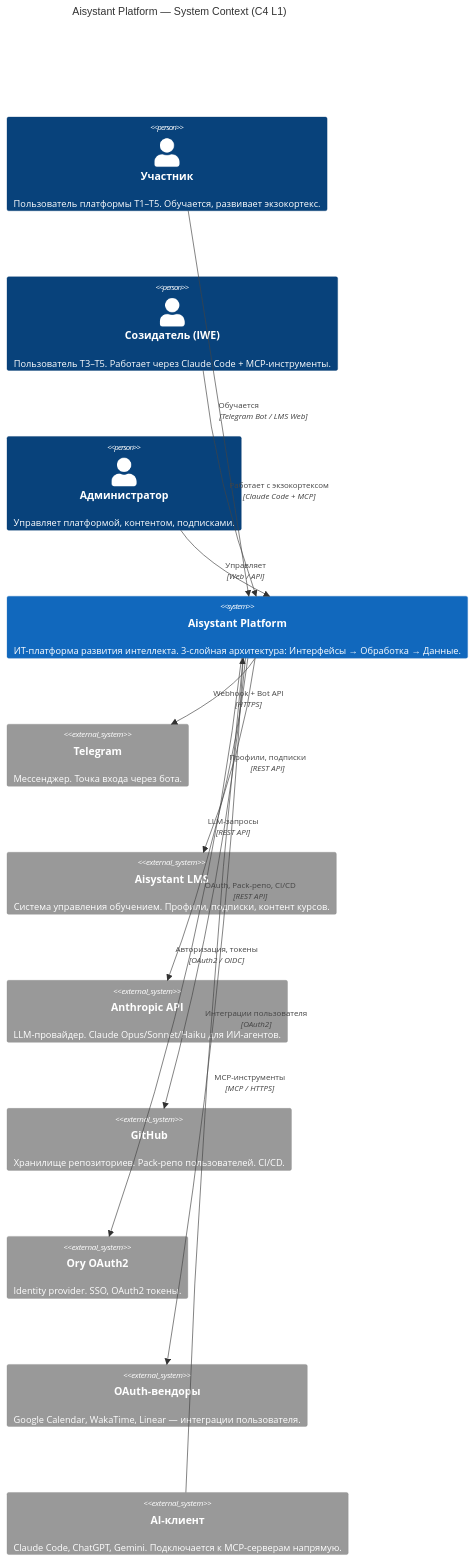
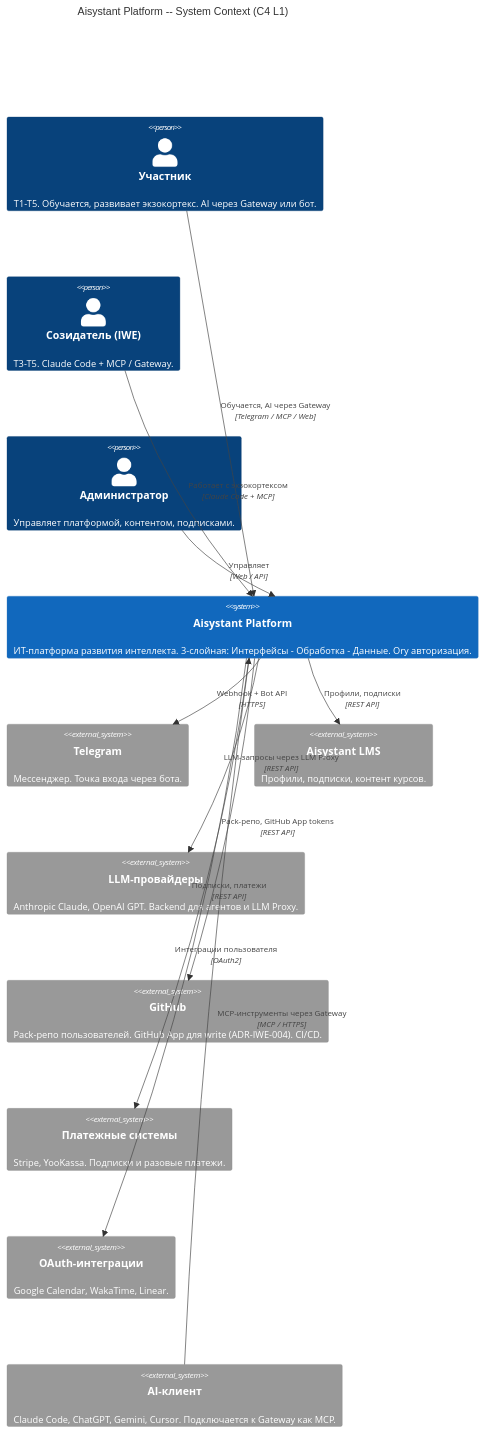
The first of 5 diagrams in C.IT-Platform/C2.IT-Platform/C2.2.Architecture/Stack-and-Infrastructure/c4-platform.md (TserenTserenov/DS-ecosystem-development), drawn with Mermaid before and after one commit. The commit also changed other lines of this file, not shown here.

First line of the commit message:
docs: WP-158 Ф4 — актуализация C4 L1/L2 по решениям 1-3 апр + view-диаграммы

````diff
--- a/C.IT-Platform/C2.IT-Platform/C2.2.Architecture/Stack-and-Infrastructure/c4-platform.md
+++ b/C.IT-Platform/C2.IT-Platform/C2.2.Architecture/Stack-and-Infrastructure/c4-platform.md
@@ -23,31 +23,31 @@
 ```mermaid
 C4Context
-    title Aisystant Platform — System Context (C4 L1)
+    title Aisystant Platform -- System Context (C4 L1)
 
-    Person(user_learner, "Участник", "Пользователь платформы T1–T5. Обучается, развивает экзокортекс.")
-    Person(user_iwe, "Созидатель (IWE)", "Пользователь T3–T5. Работает через Claude Code + MCP-инструменты.")
+    Person(user_learner, "Участник", "T1-T5. Обучается, развивает экзокортекс. AI через Gateway или бот.")
+    Person(user_iwe, "Созидатель (IWE)", "T3-T5. Claude Code + MCP / Gateway.")
     Person(user_admin, "Администратор", "Управляет платформой, контентом, подписками.")
 
-    System(platform, "Aisystant Platform", "ИТ-платформа развития интеллекта. 3-слойная архитектура: Интерфейсы → Обработка → Данные.")
+    System(platform, "Aisystant Platform", "ИТ-платформа развития интеллекта. 3-слойная: Интерфейсы - Обработка - Данные. Ory авторизация.")
 
     System_Ext(telegram, "Telegram", "Мессенджер. Точка входа через бота.")
-    System_Ext(lms, "Aisystant LMS", "Система управления обучением. Профили, подписки, контент курсов.")
-    System_Ext(anthropic, "Anthropic API", "LLM-провайдер. Claude Opus/Sonnet/Haiku для ИИ-агентов.")
-    System_Ext(github, "GitHub", "Хранилище репозиториев. Pack-репо пользователей. CI/CD.")
-    System_Ext(ory, "Ory OAuth2", "Identity provider. SSO, OAuth2 токены.")
-    System_Ext(ext_oauth, "OAuth-вендоры", "Google Calendar, WakaTime, Linear — интеграции пользователя.")
-    System_Ext(ai_client, "AI-клиент", "Claude Code, ChatGPT, Gemini. Подключается к MCP-серверам напрямую.")
+    System_Ext(lms, "Aisystant LMS", "Профили, подписки, контент курсов.")
+    System_Ext(anthropic, "LLM-провайдеры", "Anthropic Claude, OpenAI GPT. Backend для агентов и LLM Proxy.")
+    System_Ext(github, "GitHub", "Pack-репо пользователей. GitHub App для write (ADR-IWE-004). CI/CD.")
+    System_Ext(payments, "Платежные системы", "Stripe, YooKassa. Подписки и разовые платежи.")
+    System_Ext(ext_oauth, "OAuth-интеграции", "Google Calendar, WakaTime, Linear.")
+    System_Ext(ai_client, "AI-клиент", "Claude Code, ChatGPT, Gemini, Cursor. Подключается к Gateway как MCP.")
 
-    Rel(user_learner, platform, "Обучается", "Telegram Bot / LMS Web")
+    Rel(user_learner, platform, "Обучается, AI через Gateway", "Telegram / MCP / Web")
     Rel(user_iwe, platform, "Работает с экзокортексом", "Claude Code + MCP")
     Rel(user_admin, platform, "Управляет", "Web / API")
 
     Rel(platform, telegram, "Webhook + Bot API", "HTTPS")
     Rel(platform, lms, "Профили, подписки", "REST API")
-    Rel(platform, anthropic, "LLM-запросы", "REST API")
-    Rel(platform, github, "OAuth, Pack-репо, CI/CD", "REST API")
-    Rel(platform, ory, "Авторизация, токены", "OAuth2 / OIDC")
+    Rel(platform, anthropic, "LLM-запросы через LLM Proxy", "REST API")
+    Rel(platform, github, "Pack-репо, GitHub App tokens", "REST API")
+    Rel(platform, payments, "Подписки, платежи", "REST API")
     Rel(platform, ext_oauth, "Интеграции пользователя", "OAuth2")
 
-    Rel(ai_client, platform, "MCP-инструменты", "MCP / HTTPS")
+    Rel(ai_client, platform, "MCP-инструменты через Gateway", "MCP / HTTPS")
 ```
````
